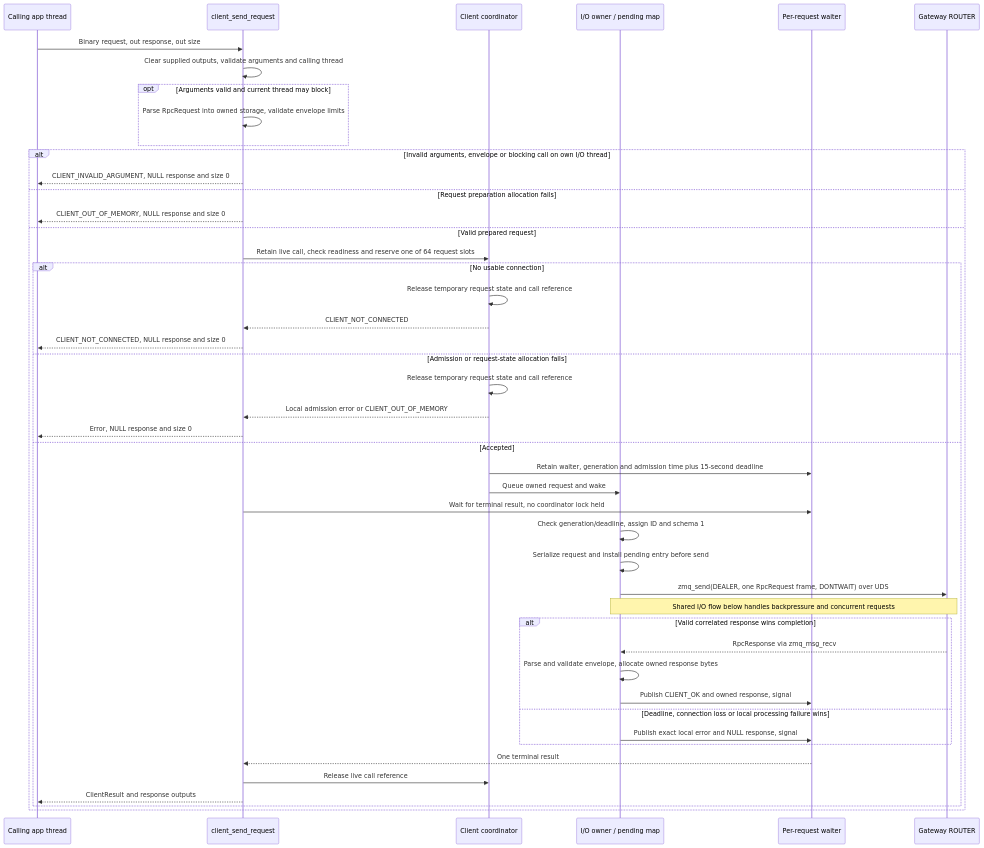
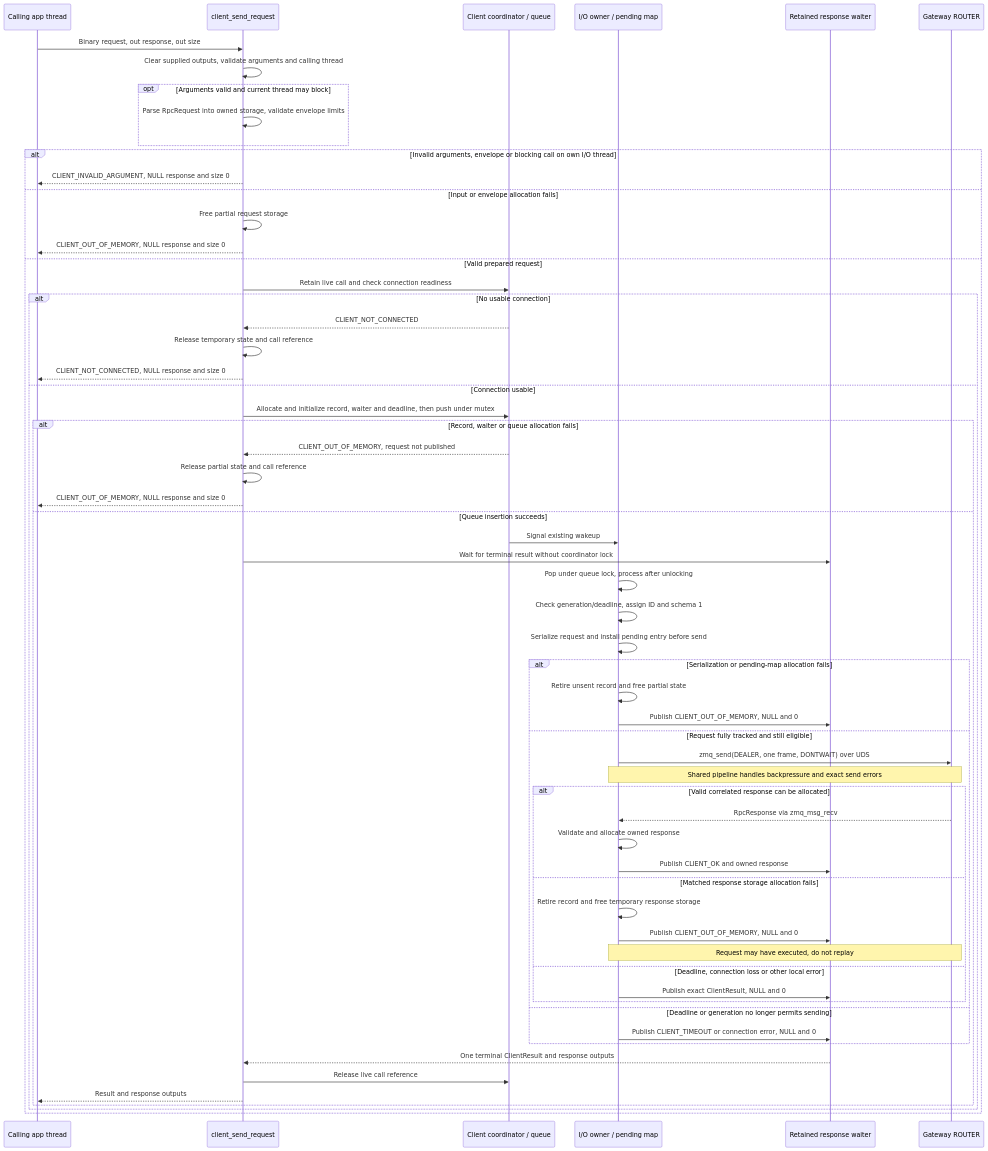
Before and after one commit to rdkcentral/eyil-secure-gateway: the sixth of 30 diagrams in doc/EyilSecureGateway.md, drawn with Mermaid. The commit also changed other lines of this file and 1 other file, not shown here.

Commit message:
RDKEMW-27976: Remove QEUE_FULL erro as not needed

````diff
--- a/doc/EyilSecureGateway.md
+++ b/doc/EyilSecureGateway.md
@@ -1097,48 +1203,63 @@
 ```mermaid
 sequenceDiagram
     participant A as Calling app thread
     participant API as client_send_request
-    participant C as Client coordinator
+    participant C as Client coordinator / queue
     participant IO as I/O owner / pending map
-    participant W as Per-request waiter
+    participant W as Retained response waiter
     participant G as Gateway ROUTER
     A->>API: Binary request, out response, out size
     API->>API: Clear supplied outputs, validate arguments and calling thread
     opt Arguments valid and current thread may block
         API->>API: Parse RpcRequest into owned storage, validate envelope limits
     end
     alt Invalid arguments, envelope or blocking call on own I/O thread
         API-->>A: CLIENT_INVALID_ARGUMENT, NULL response and size 0
-    else Request preparation allocation fails
+    else Input or envelope allocation fails
+        API->>API: Free partial request storage
         API-->>A: CLIENT_OUT_OF_MEMORY, NULL response and size 0
     else Valid prepared request
-        API->>C: Retain live call, check readiness and reserve one of 64 request slots
+        API->>C: Retain live call and check connection readiness
         alt No usable connection
-            C->>C: Release temporary request state and call reference
             C-->>API: CLIENT_NOT_CONNECTED
+            API->>API: Release temporary state and call reference
             API-->>A: CLIENT_NOT_CONNECTED, NULL response and size 0
-        else Admission or request-state allocation fails
-            C->>C: Release temporary request state and call reference
-            C-->>API: Local admission error or CLIENT_OUT_OF_MEMORY
-            API-->>A: Error, NULL response and size 0
-        else Accepted
-            C->>W: Retain waiter, generation and admission time plus 15-second deadline
-            C->>IO: Queue owned request and wake
-            API->>W: Wait for terminal result, no coordinator lock held
-            IO->>IO: Check generation/deadline, assign ID and schema 1
-            IO->>IO: Serialize request and install pending entry before send
-            IO->>G: zmq_send(DEALER, one RpcRequest frame, DONTWAIT) over UDS
-            Note over IO,G: Shared I/O flow below handles backpressure and concurrent requests
-            alt Valid correlated response wins completion
-                G-->>IO: RpcResponse via zmq_msg_recv
-                IO->>IO: Parse and validate envelope, allocate owned response bytes
-                IO->>W: Publish CLIENT_OK and owned response, signal
-            else Deadline, connection loss or local processing failure wins
-                IO->>W: Publish exact local error and NULL response, signal
+        else Connection usable
+            API->>C: Allocate and initialize record, waiter and deadline, then push under mutex
+            alt Record, waiter or queue allocation fails
+                C-->>API: CLIENT_OUT_OF_MEMORY, request not published
+                API->>API: Release partial state and call reference
+                API-->>A: CLIENT_OUT_OF_MEMORY, NULL response and size 0
+            else Queue insertion succeeds
+                C->>IO: Signal existing wakeup
+                API->>W: Wait for terminal result without coordinator lock
+                IO->>IO: Pop under queue lock, process after unlocking
+                IO->>IO: Check generation/deadline, assign ID and schema 1
+                IO->>IO: Serialize request and install pending entry before send
+                alt Serialization or pending-map allocation fails
+                    IO->>IO: Retire unsent record and free partial state
+                    IO->>W: Publish CLIENT_OUT_OF_MEMORY, NULL and 0
+                else Request fully tracked and still eligible
+                    IO->>G: zmq_send(DEALER, one frame, DONTWAIT) over UDS
+                    Note over IO,G: Shared pipeline handles backpressure and exact send errors
+                    alt Valid correlated response can be allocated
+                        G-->>IO: RpcResponse via zmq_msg_recv
+                        IO->>IO: Validate and allocate owned response
+                        IO->>W: Publish CLIENT_OK and owned response
+                    else Matched response storage allocation fails
+                        IO->>IO: Retire record and free temporary response storage
+                        IO->>W: Publish CLIENT_OUT_OF_MEMORY, NULL and 0
+                        Note over IO,G: Request may have executed, do not replay
+                    else Deadline, connection loss or other local error
+                        IO->>W: Publish exact ClientResult, NULL and 0
+                    end
+                else Deadline or generation no longer permits sending
+                    IO->>W: Publish CLIENT_TIMEOUT or connection error, NULL and 0
+                end
+                W-->>API: One terminal ClientResult and response outputs
+                API->>C: Release live call reference
+                API-->>A: Result and response outputs
             end
-            W-->>API: One terminal result
-            API->>C: Release live call reference
-            API-->>A: ClientResult and response outputs
         end
     end
 ```
````
